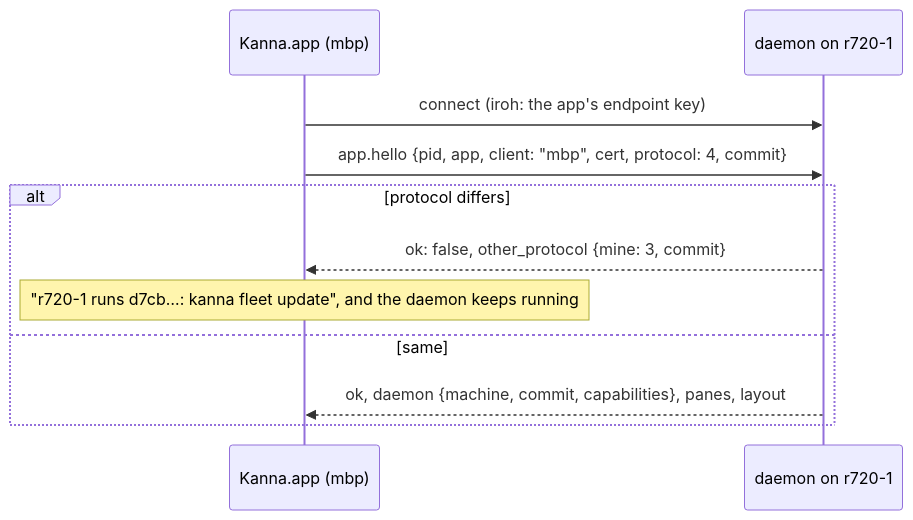
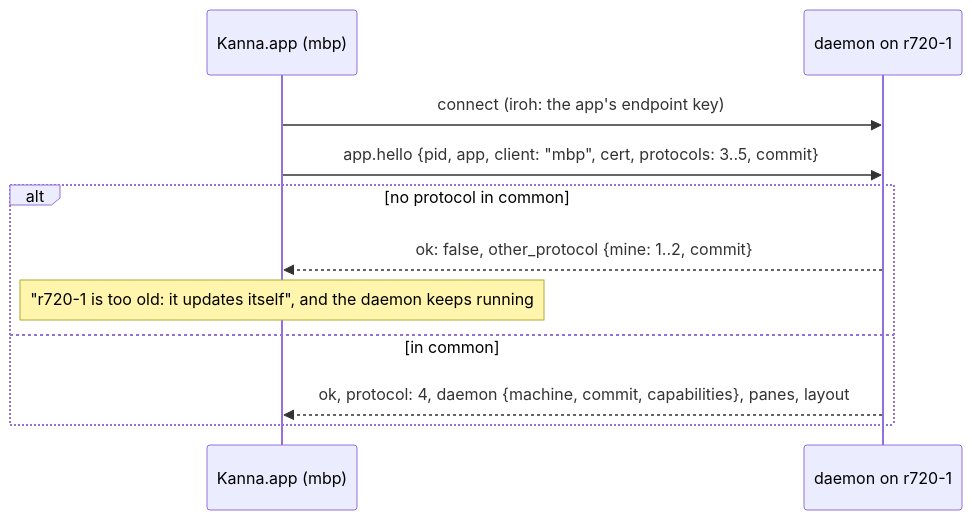
One commit to tampopogk/kanna changed the second of 2 diagrams in docs/specs/fleet.md. Above: the diagram before and after it, drawn with Mermaid. The commit also changed other lines of this file and 2 other files, not shown here.

Commit message:
Fleet: versions compatible, not identical: a protocol range negotiated in the hello, daemons that update themselves, VMs from the stock Ubuntu image with the latest release installed

````diff
--- a/docs/specs/fleet.md
+++ b/docs/specs/fleet.md
@@ -109,13 +109,13 @@
 ```mermaid
 sequenceDiagram
     participant A as Kanna.app (mbp)
     participant D as daemon on r720-1
     A->>D: connect (iroh: the app's endpoint key)
-    A->>D: app.hello {pid, app, client: "mbp", cert, protocol: 4, commit}
-    alt protocol differs
-        D-->>A: ok: false, other_protocol {mine: 3, commit}
-        Note over A: "r720-1 runs d7cb…: kanna fleet update", and the daemon keeps running
-    else same
-        D-->>A: ok, daemon {machine, commit, capabilities}, panes, layout
+    A->>D: app.hello {pid, app, client: "mbp", cert, protocols: 3..5, commit}
+    alt no protocol in common
+        D-->>A: ok: false, other_protocol {mine: 1..2, commit}
+        Note over A: "r720-1 is too old: it updates itself", and the daemon keeps running
+    else in common
+        D-->>A: ok, protocol: 4, daemon {machine, commit, capabilities}, panes, layout
     end
 ```
````
